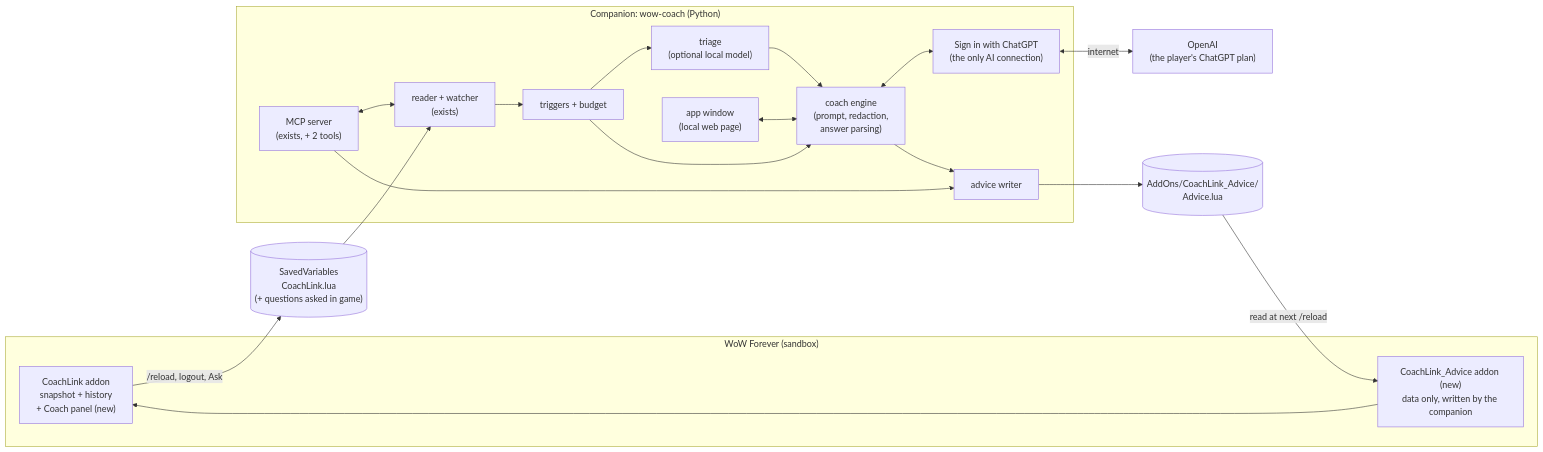
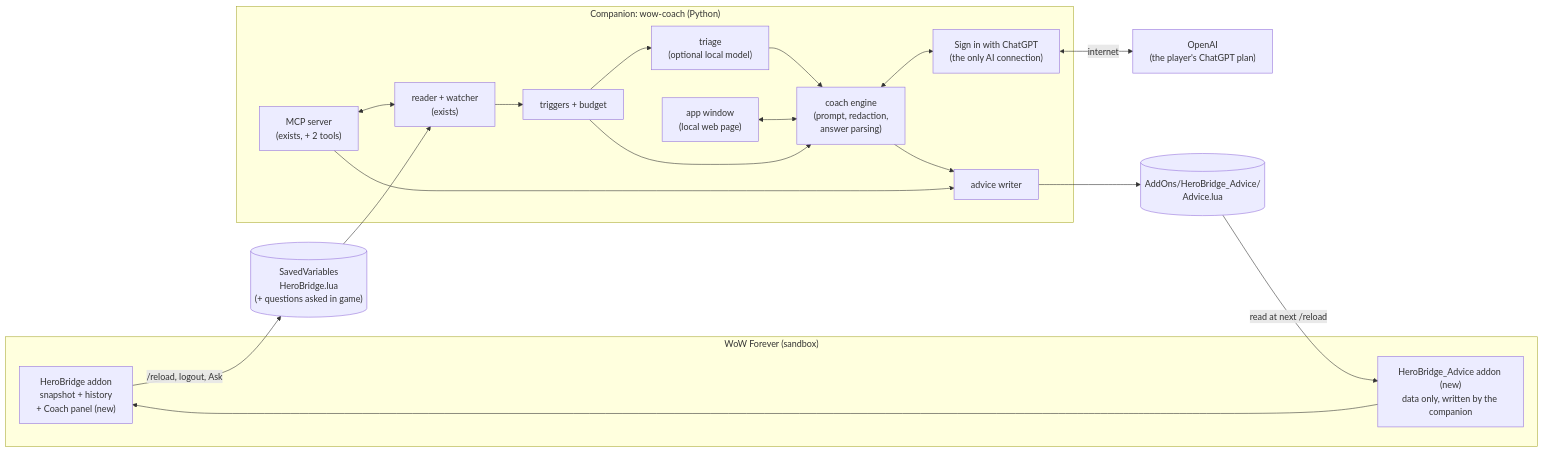
One commit to RayanBayat/wow-coach changed the diagram in docs/plans/coach-panel.md. Above: the diagram before and after it, drawn with Mermaid. The commit also changed other lines of this file and 71 other files, not shown here.

First line of the commit message:
refactor: rename the in-game addon from CoachLink to HeroBridge

````diff
--- a/docs/plans/coach-panel.md
+++ b/docs/plans/coach-panel.md
@@ -129,28 +129,28 @@
 ```mermaid
 flowchart LR
     subgraph Game["WoW Forever (sandbox)"]
-        P["CoachLink addon<br/>snapshot + history<br/>+ Coach panel (new)"]
-        D["CoachLink_Advice addon (new)<br/>data only, written by the companion"]
+        P["HeroBridge addon<br/>snapshot + history<br/>+ Coach panel (new)"]
+        D["HeroBridge_Advice addon (new)<br/>data only, written by the companion"]
     end
-    SV[("SavedVariables<br/>CoachLink.lua<br/>(+ questions asked in game)")]
-    AF[("AddOns/CoachLink_Advice/<br/>Advice.lua")]
+    SV[("SavedVariables<br/>HeroBridge.lua<br/>(+ questions asked in game)")]
+    AF[("AddOns/HeroBridge_Advice/<br/>Advice.lua")]
     subgraph PC["Companion: wow-coach (Python)"]
         R["reader + watcher<br/>(exists)"]
         T["triggers + budget"]
         Q["triage<br/>(optional local model)"]
         E["coach engine<br/>(prompt, redaction,<br/>answer parsing)"]
         AI["Sign in with ChatGPT<br/>(the only AI connection)"]
         W["advice writer"]
         UI["app window<br/>(local web page)"]
         MCP["MCP server<br/>(exists, + 2 tools)"]
     end
     P -->|"/reload, logout, Ask"| SV --> R
     R --> T --> Q --> E
     T --> E
     UI <--> E
     E <--> AI
     E --> W --> AF -->|"read at next /reload"| D --> P
     MCP <--> R
     MCP --> W
     AI <-->|internet| Cloud["OpenAI<br/>(the player's ChatGPT plan)"]
 ```
````
